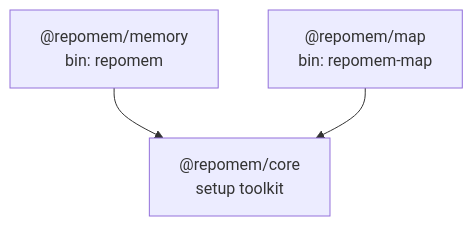
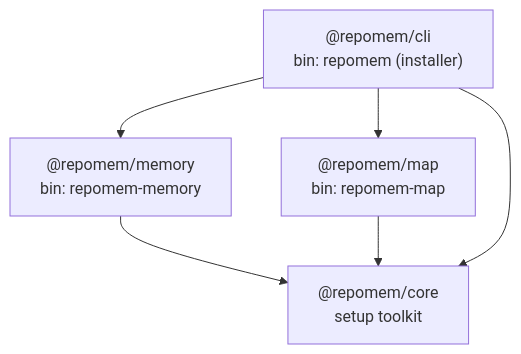
The diagram in README.md (nicorickert/repomem), drawn with Mermaid before and after one commit. The commit also changed other lines of this file and 26 other files, not shown here.

````diff
--- a/README.md
+++ b/README.md
@@ -29,8 +33,12 @@
 ```mermaid
 graph TD
   core["@repomem/core<br/>setup toolkit"]
-  memory["@repomem/memory<br/>bin: repomem"]
+  memory["@repomem/memory<br/>bin: repomem-memory"]
   map["@repomem/map<br/>bin: repomem-map"]
+  installer["@repomem/cli<br/>bin: repomem (installer)"]
   memory --> core
   map --> core
+  installer --> memory
+  installer --> map
+  installer --> core
 ```
````
